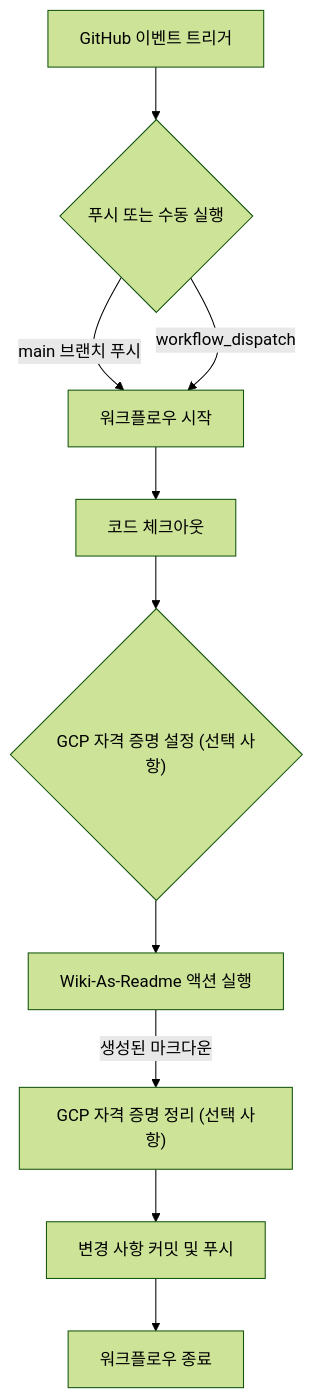
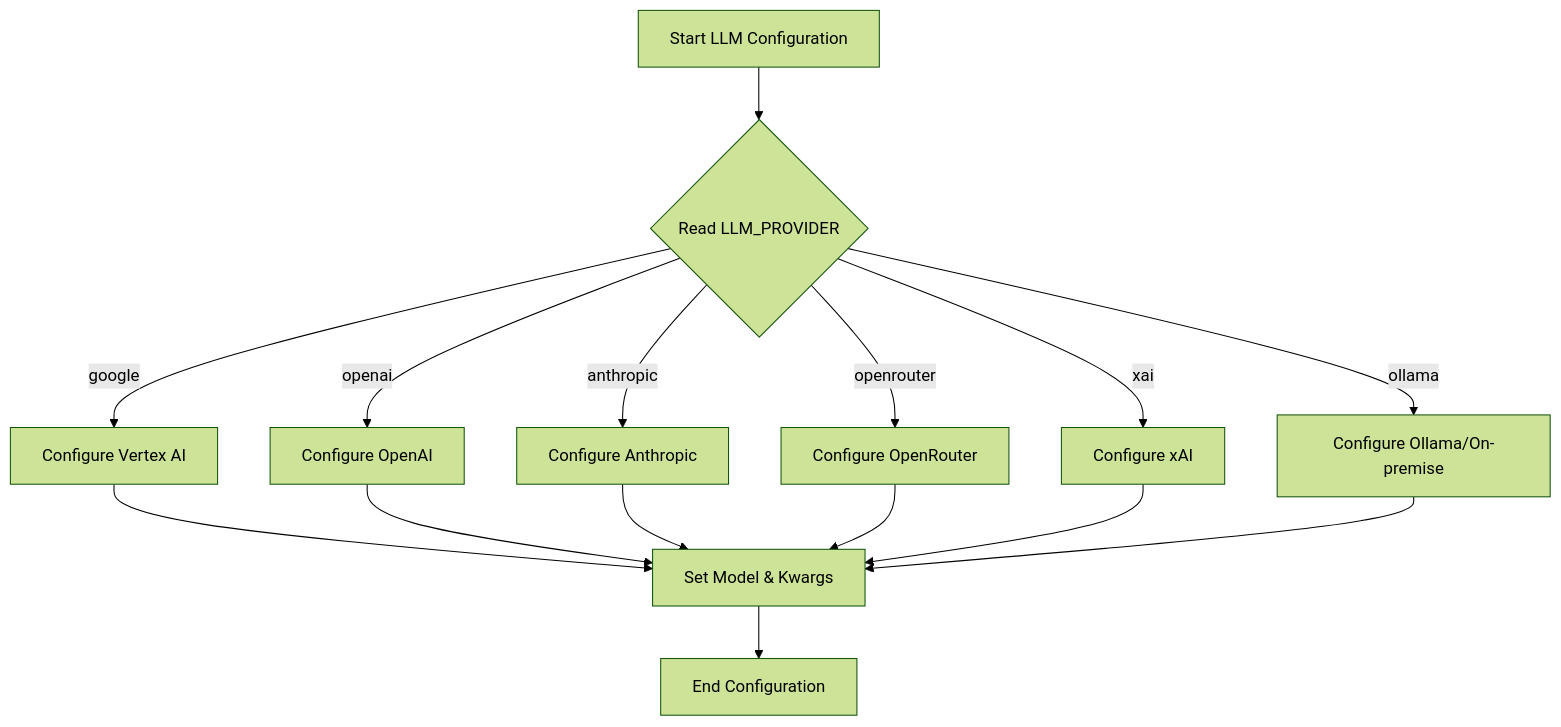
The fourth of 19 diagrams in examples/wiki_as_README.md (catuscio/wiki-as-readme), drawn with Mermaid (forest theme) before and after one commit. The commit also changed other lines of this file, not shown here.

Commit message:
docs: ✨Update examples/wiki_as_README.md via Wiki-As-Readme Action

````diff
--- a/examples/wiki_as_README.md
+++ b/examples/wiki_as_README.md
@@ -531,12 +422,17 @@
 ```mermaid
 graph TD
-    A["GitHub 이벤트 트리거"] --> B{"푸시 또는 수동 실행"};
-    B -- "main 브랜치 푸시" --> C["워크플로우 시작"];
-    B -- "workflow_dispatch" --> C;
-    C --> D["코드 체크아웃"];
-    D --> E{"GCP 자격 증명 설정 (선택 사항)"};
-    E --> F["Wiki-As-Readme 액션 실행"];
-    F -- "생성된 마크다운" --> G["GCP 자격 증명 정리 (선택 사항)"];
-    G --> H["변경 사항 커밋 및 푸시"];
-    H --> I["워크플로우 종료"];
+    A["Start LLM Configuration"] --> B{"Read LLM_PROVIDER"};
+    B -- "google" --> C["Configure Vertex AI"];
+    B -- "openai" --> D["Configure OpenAI"];
+    B -- "anthropic" --> E["Configure Anthropic"];
+    B -- "openrouter" --> F["Configure OpenRouter"];
+    B -- "xai" --> G["Configure xAI"];
+    B -- "ollama" --> H["Configure Ollama/On-premise"];
+    C --> I["Set Model & Kwargs"];
+    D --> I;
+    E --> I;
+    F --> I;
+    G --> I;
+    H --> I;
+    I --> J["End Configuration"];
 ```
````
